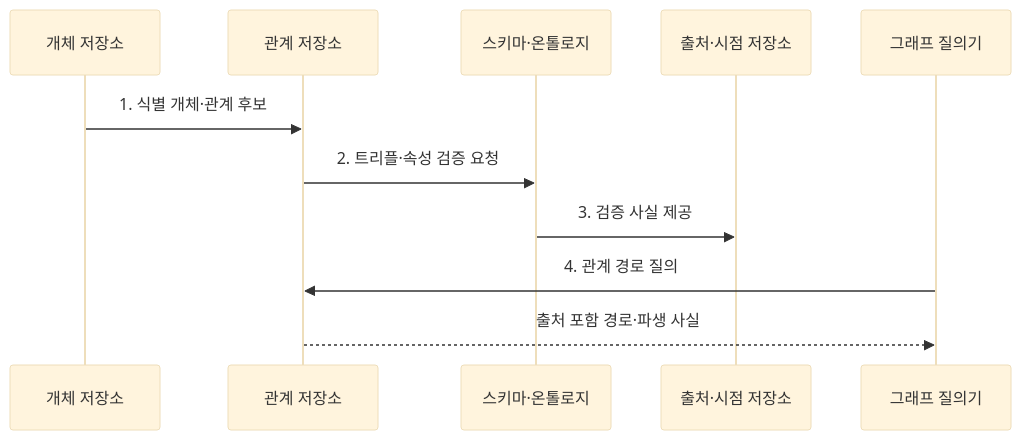
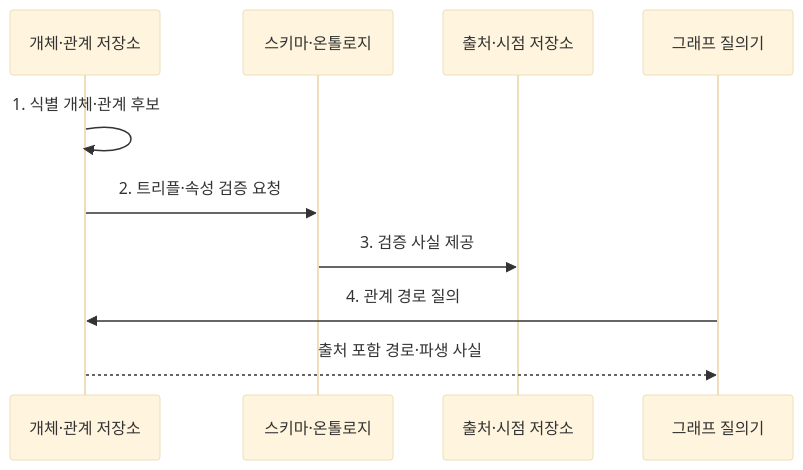
One commit to agnusdei1207/knowledge-base changed the second of 2 diagrams in src/content/docs/notes/08-latest-tech/079_knowledge_graph.md. Above: the diagram before and after it, drawn with Mermaid (base theme). The commit also changed 9 other files, not shown here.

Commit message:
Reduce AI pipeline flow participants

````diff
--- a/src/content/docs/notes/08-latest-tech/079_knowledge_graph.md
+++ b/src/content/docs/notes/08-latest-tech/079_knowledge_graph.md
@@ -103,13 +103,12 @@
 ```mermaid
 sequenceDiagram
-  participant E as 개체 저장소
-  participant R as 관계 저장소
+  participant G as 개체·관계 저장소
   participant S as 스키마·온톨로지
   participant P as 출처·시점 저장소
   participant Q as 그래프 질의기
-  E->>R: 1. 식별 개체·관계 후보
-  R->>S: 2. 트리플·속성 검증 요청
+  G->>G: 1. 식별 개체·관계 후보
+  G->>S: 2. 트리플·속성 검증 요청
   S->>P: 3. 검증 사실 제공
-  Q->>R: 4. 관계 경로 질의
-  R-->>Q: 출처 포함 경로·파생 사실
+  Q->>G: 4. 관계 경로 질의
+  G-->>Q: 출처 포함 경로·파생 사실
 ```
````
